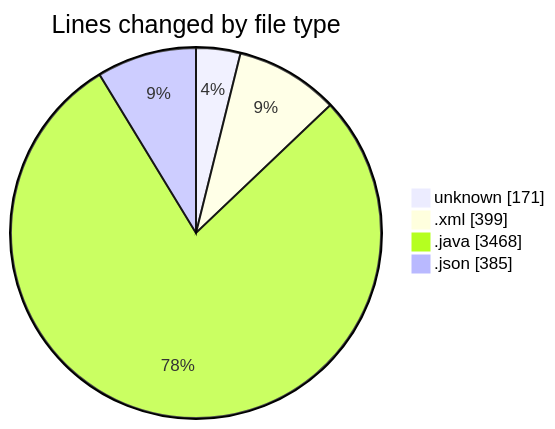
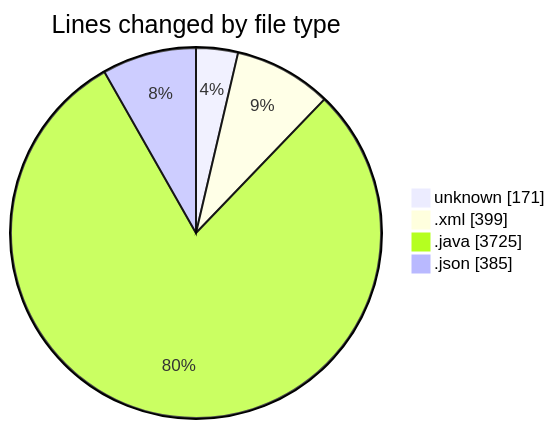
Before and after one commit to charlie-sans/code-tracking: the first of 2 diagrams in 2025-02-24/micros/README.md, drawn with Mermaid. The commit also changed other lines of this file and 1 other file, not shown here.

````diff
--- a/2025-02-24/micros/README.md
+++ b/2025-02-24/micros/README.md
@@ -32,8 +33,8 @@
 ```mermaid
 pie showData
 title Lines changed by file type
 "unknown" : 171
 ".xml" : 399
-".java" : 3468
+".java" : 3725
 ".json" : 385
 ```
````
